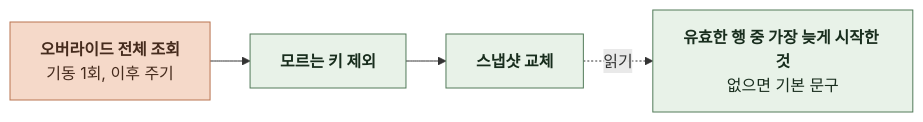
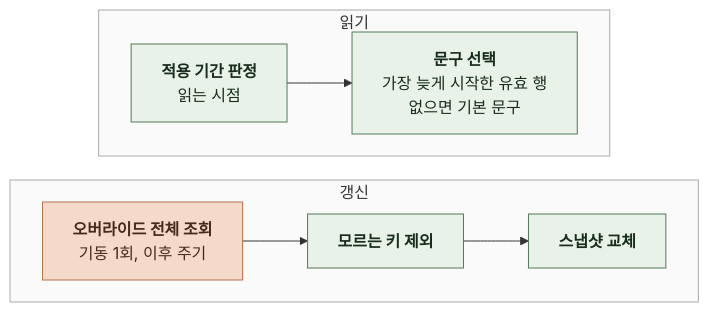
Before and after one commit to KIM-N-KANG/knk-harness: the ninth of 13 diagrams in docs/domain/NOTIFICATION/BACKEND/4-1-PIPELINES.md, drawn with Mermaid. The commit also changed other lines of this file and 14 other files, not shown here.

````diff
--- a/docs/domain/NOTIFICATION/BACKEND/4-1-PIPELINES.md
+++ b/docs/domain/NOTIFICATION/BACKEND/4-1-PIPELINES.md
@@ -247,13 +251,23 @@
 ```mermaid
 %%{init: {"flowchart": {"curve": "basis", "nodeSpacing": 24, "rankSpacing": 40}}}%%
 flowchart LR
-    A["`**오버라이드 전체 조회**
+    subgraph REF["갱신"]
+        direction LR
+        A["`**오버라이드 전체 조회**
 기동 1회, 이후 주기`"] --> B["`**모르는 키 제외**`"]
-    B --> C["`**스냅샷 교체**`"]
-    C -.->|읽기| D["`**유효한 행 중 가장 늦게 시작한 것**
+        B --> C["`**스냅샷 교체**`"]
+    end
+    subgraph READ["읽기"]
+        direction LR
+        D["`**적용 기간 판정**
+읽는 시점`"] --> E["`**문구 선택**
+가장 늦게 시작한 유효 행
 없으면 기본 문구`"]
+    end
     classDef comp fill:#E8F2E8,stroke:#527A59,color:#182D1D
     classDef task fill:#F5D9C9,stroke:#B97450,color:#452B1D
-    class B,C,D comp
+    class B,C,D,E comp
     class A task
+    style REF fill:#FAFAFA,stroke:#AAAAAA
+    style READ fill:#FAFAFA,stroke:#AAAAAA
 ```
````
